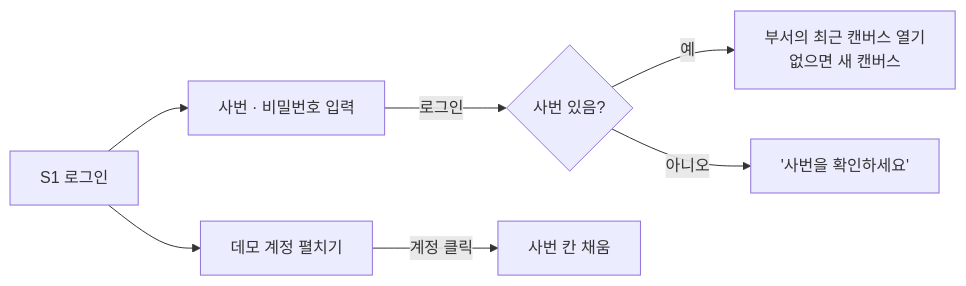
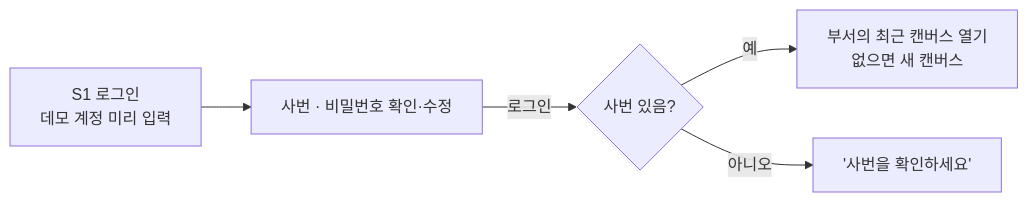
Before and after one commit to vamos-team/telescope: the second of 9 diagrams in docs/frontend/ia.md, drawn with Mermaid. The commit also changed other lines of this file and 5 other files, not shown here.

````diff
--- a/docs/frontend/ia.md
+++ b/docs/frontend/ia.md
@@ -55,9 +55,7 @@
 ```mermaid
 flowchart LR
-  S1["S1 로그인"] --> A["사번 · 비밀번호 입력"]
-  S1 --> D["데모 계정 펼치기"]
+  S1["S1 로그인<br/>데모 계정 미리 입력"] --> A["사번 · 비밀번호 확인·수정"]
   A -->|로그인| OK{"사번 있음?"}
   OK -->|예| R1["부서의 최근 캔버스 열기<br/>없으면 새 캔버스"]
   OK -->|아니오| R2["'사번을 확인하세요'"]
-  D -->|계정 클릭| R3["사번 칸 채움"]
 ```
````
